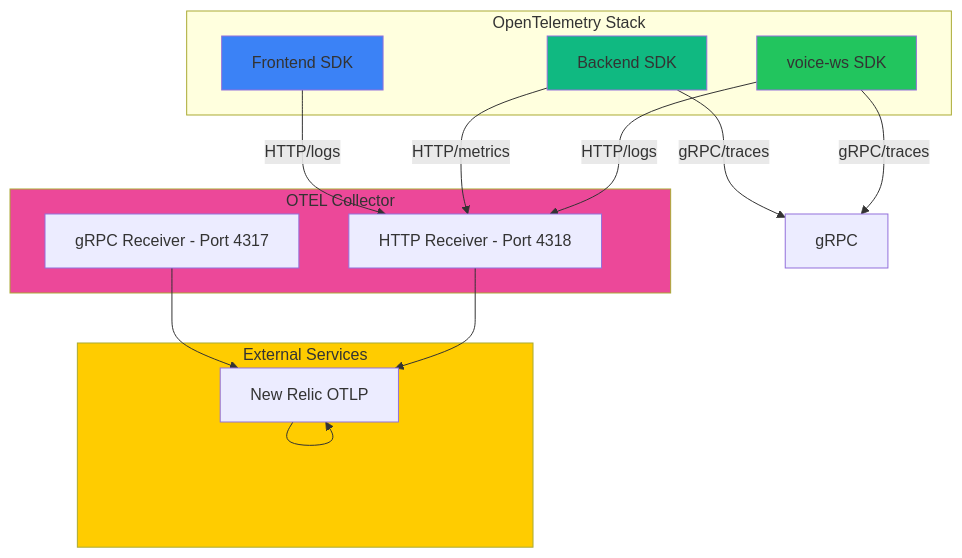
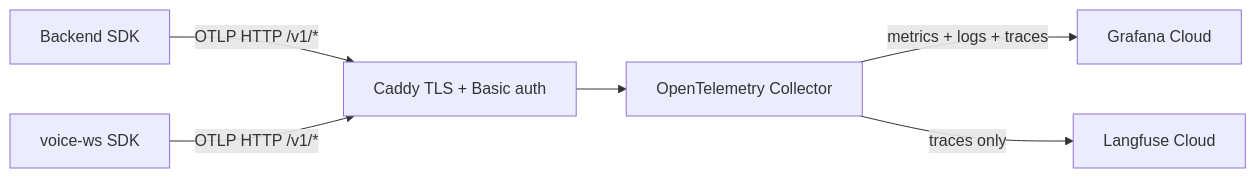
The fifth of 5 diagrams in docs/01_architecture/system_architecture.md (gauravdhiman/a1-voice-agent-platform), drawn with Mermaid before and after one commit. The commit also changed other lines of this file and 96 other files, not shown here.

````diff
--- a/docs/01_architecture/system_architecture.md
+++ b/docs/01_architecture/system_architecture.md
@@ -714,33 +161,10 @@
 ```mermaid
-graph TB
-    subgraph OTEL[OpenTelemetry Stack]
-        FE[Frontend SDK]
-        BE[Backend SDK]
-        WK[voice-ws SDK]
-    end
-
-    subgraph Collector[OTEL Collector]
-        GRPC[gRPC Receiver - Port 4317]
-        HTTP[HTTP Receiver - Port 4318]
-    end
-
-    subgraph Exporters[External Services]
-        NR[New Relic OTLP]
-    end
-
-    FE -->|HTTP/logs|HTTP
-    BE -->|gRPC/traces|gRPC
-    BE -->|HTTP/metrics|HTTP
-    WK -->|gRPC/traces|gRPC
-    WK -->|HTTP/logs|HTTP
-
-    GRPC --> NR
-    HTTP --> NR
-    NR --> NR
-
-    style FE fill:#3b82f6
-    style BE fill:#10b981
-    style WK fill:#22c55e
-    style Collector fill:#ec4899
-    style Exporters fill:#ffcc00
+flowchart LR
+    Backend[Backend SDK]
+    VoiceWS[voice-ws SDK]
+    Backend -->|OTLP HTTP /v1/*| Ingress[Caddy TLS + Basic auth]
+    VoiceWS -->|OTLP HTTP /v1/*| Ingress
+    Ingress --> Collector[OpenTelemetry Collector]
+    Collector -->|metrics + logs + traces| Grafana[Grafana Cloud]
+    Collector -->|traces only| Langfuse[Langfuse Cloud]
 ```
````
